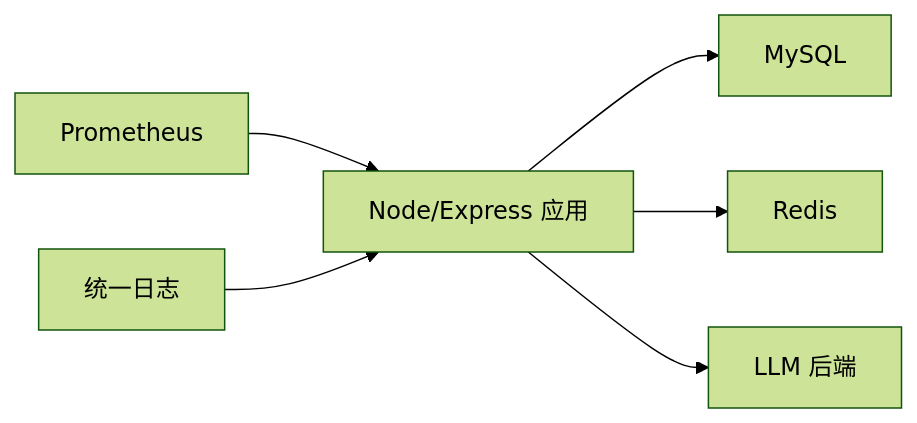
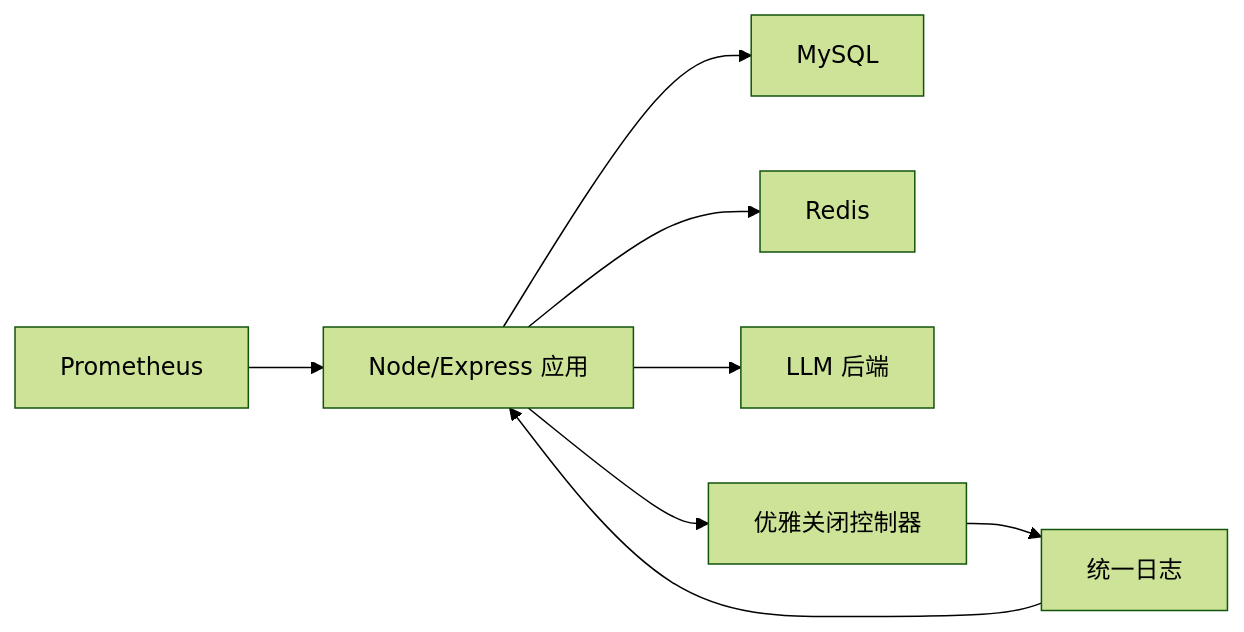
One commit to dgjin/smart-data-analytics changed the sixth of 6 diagrams in .qoder/repowiki/zh/content/部署指南/生产环境配置/进程管理.md. Above: the diagram before and after it, drawn with Mermaid (forest theme). The commit also changed other lines of this file and 100 other files, not shown here.

````diff
--- a/.qoder/repowiki/zh/content/部署指南/生产环境配置/进程管理.md
+++ b/.qoder/repowiki/zh/content/部署指南/生产环境配置/进程管理.md
@@ -253,8 +342,10 @@
 ```mermaid
 graph LR
 App["Node/Express 应用"] --> DB["MySQL"]
 App --> Cache["Redis"]
 App --> LLM["LLM 后端"]
+App --> Shutdown["优雅关闭控制器"]
 Prom["Prometheus"] --> App
 Logger["统一日志"] --> App
+Shutdown --> Logger
 ```
````
